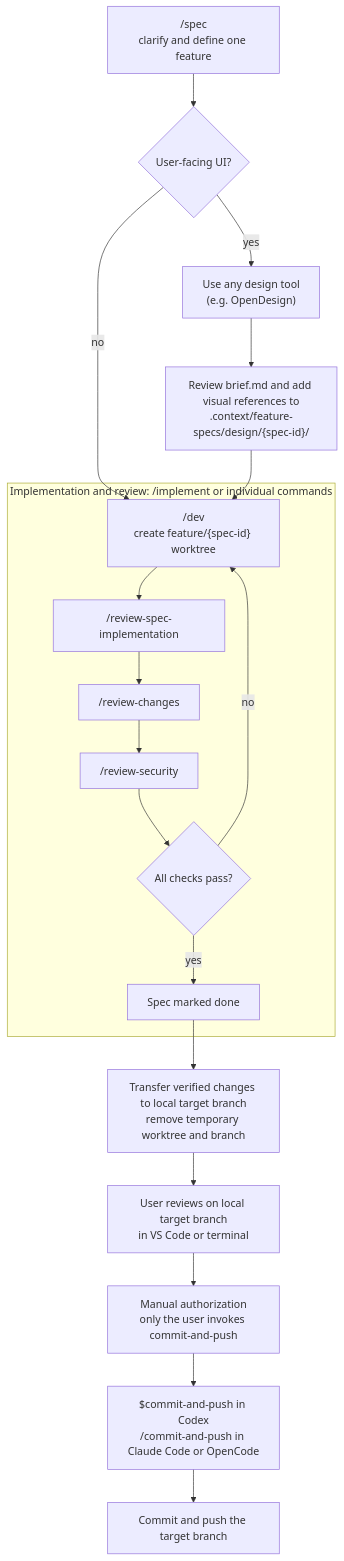
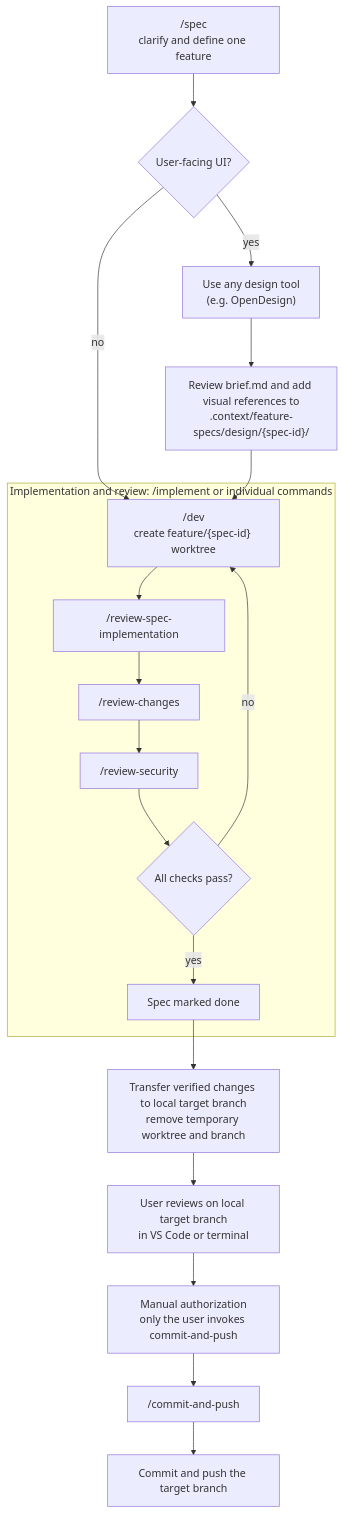
One commit to the-blue-coder/agentic-starter changed the third of 3 diagrams in README.md. Above: the diagram before and after it, drawn with Mermaid. The commit also changed other lines of this file and 53 other files, not shown here.

````diff
--- a/README.md
+++ b/README.md
@@ -95,23 +95,23 @@
 ```mermaid
 flowchart TD
   spec["/spec<br/>clarify and define one feature"] --> ui{"User-facing UI?"}
   ui -- yes --> designTool["Use any design tool<br/>(e.g. OpenDesign)"]
   designTool --> export["Review brief.md and add visual references to<br/>.context/feature-specs/design/{spec-id}/"]
   ui -- no --> dev["/dev<br/>create feature/{spec-id} worktree"]
   export --> dev
 
   subgraph reviewLoop["Implementation and review: /implement or individual commands"]
     dev --> verify["/review-spec-implementation"]
     verify --> conventions["/review-changes"]
     conventions --> security["/review-security"]
     security --> clean{"All checks pass?"}
     clean -- no --> dev
     clean -- yes --> done["Spec marked done"]
   end
 
   done --> handoff["Transfer verified changes to local target branch<br/>remove temporary worktree and branch"]
   handoff --> localReview["User reviews on local target branch<br/>in VS Code or terminal"]
   localReview --> gate["Manual authorization<br/>only the user invokes commit-and-push"]
-  gate --> ship["$commit-and-push in Codex<br/>/commit-and-push in Claude Code or OpenCode"]
+  gate --> ship["/commit-and-push"]
   ship --> pushed["Commit and push the target branch"]
 ```
````
